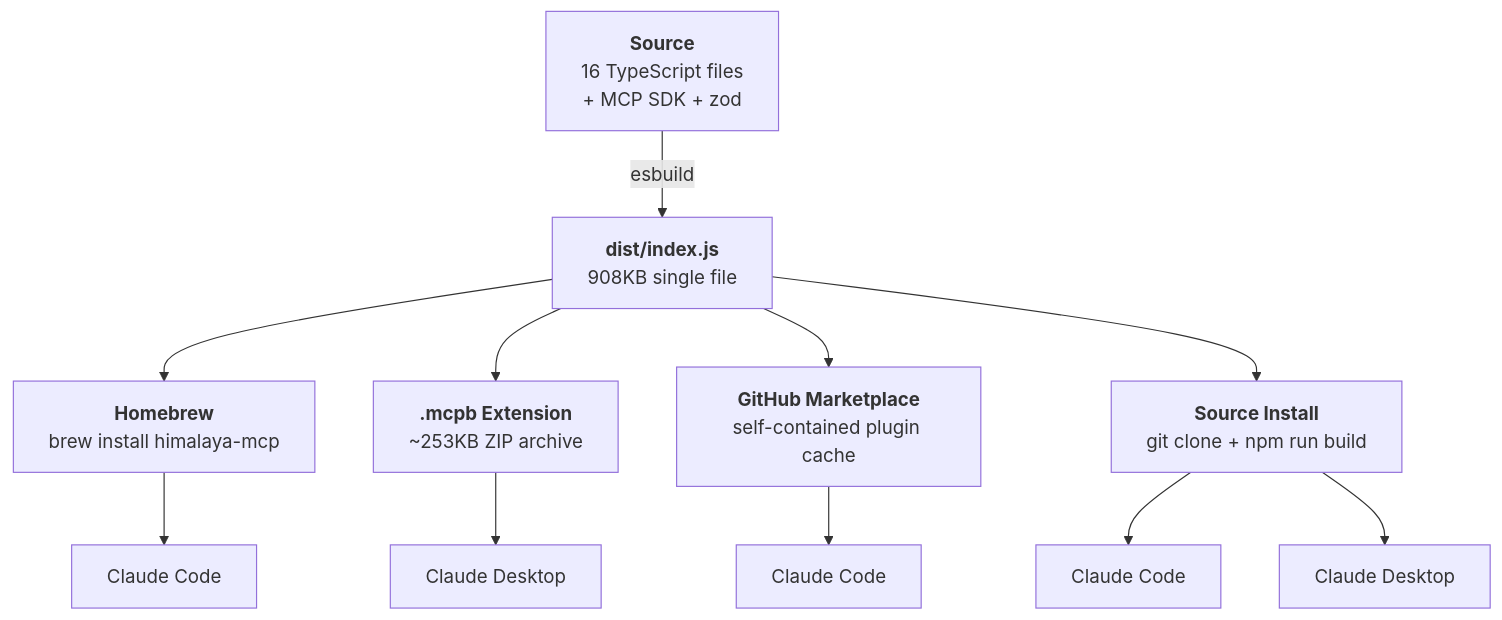
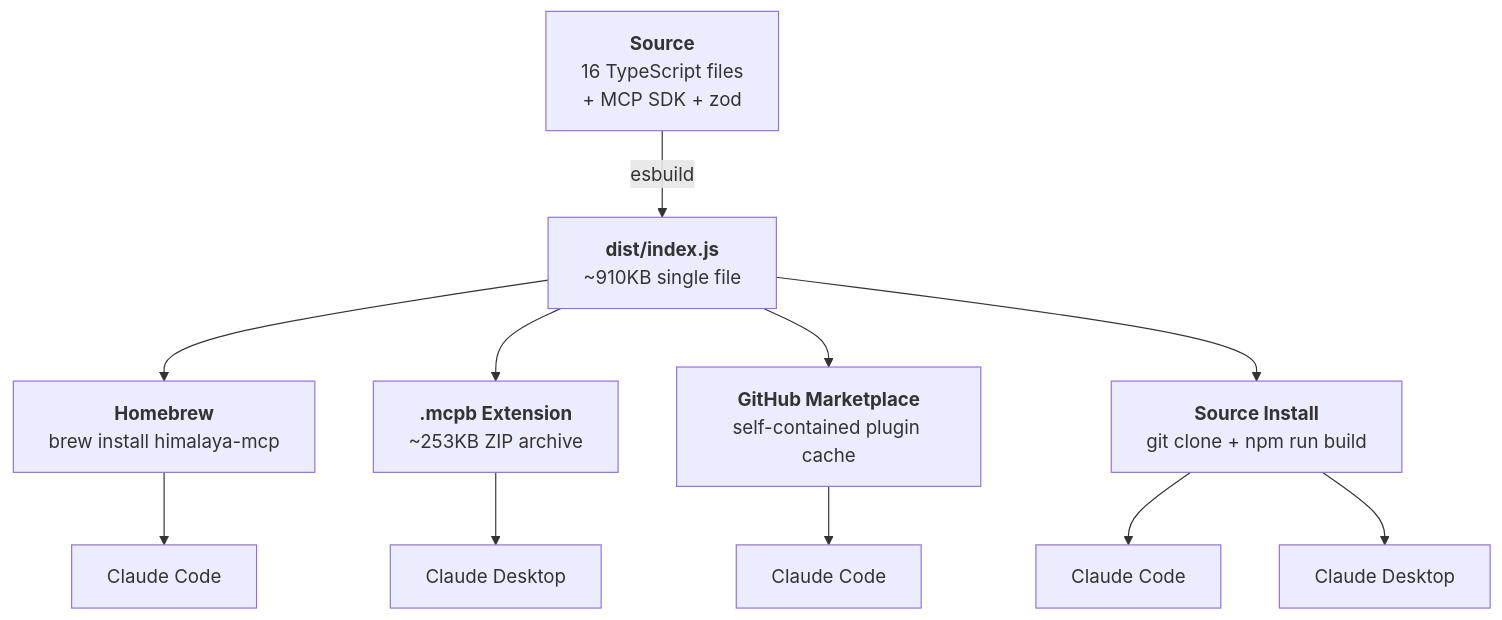
Before and after one commit to Data-Wise/himalaya-mcp: the diagram in docs/guide/packaging.md, drawn with Mermaid. The commit also changed other lines of this file and 11 other files, not shown here.

````diff
--- a/docs/guide/packaging.md
+++ b/docs/guide/packaging.md
@@ -16,22 +16,22 @@
 ```mermaid
 flowchart TD
     SRC["`**Source**
     16 TypeScript files
     + MCP SDK + zod`"] -->|esbuild| BUNDLE["`**dist/index.js**
-    908KB single file`"]
+    ~910KB single file`"]
 
     BUNDLE --> HB["`**Homebrew**
     brew install himalaya-mcp`"]
     BUNDLE --> MCPB["`**.mcpb Extension**
     ~253KB ZIP archive`"]
     BUNDLE --> GH["`**GitHub Marketplace**
     self-contained plugin cache`"]
     BUNDLE --> DEV["`**Source Install**
     git clone + npm run build`"]
 
     HB --> CC1[Claude Code]
     GH --> CC2[Claude Code]
     DEV --> CC3[Claude Code]
     MCPB --> CD[Claude Desktop]
     DEV --> CD2[Claude Desktop]
 ```
````
